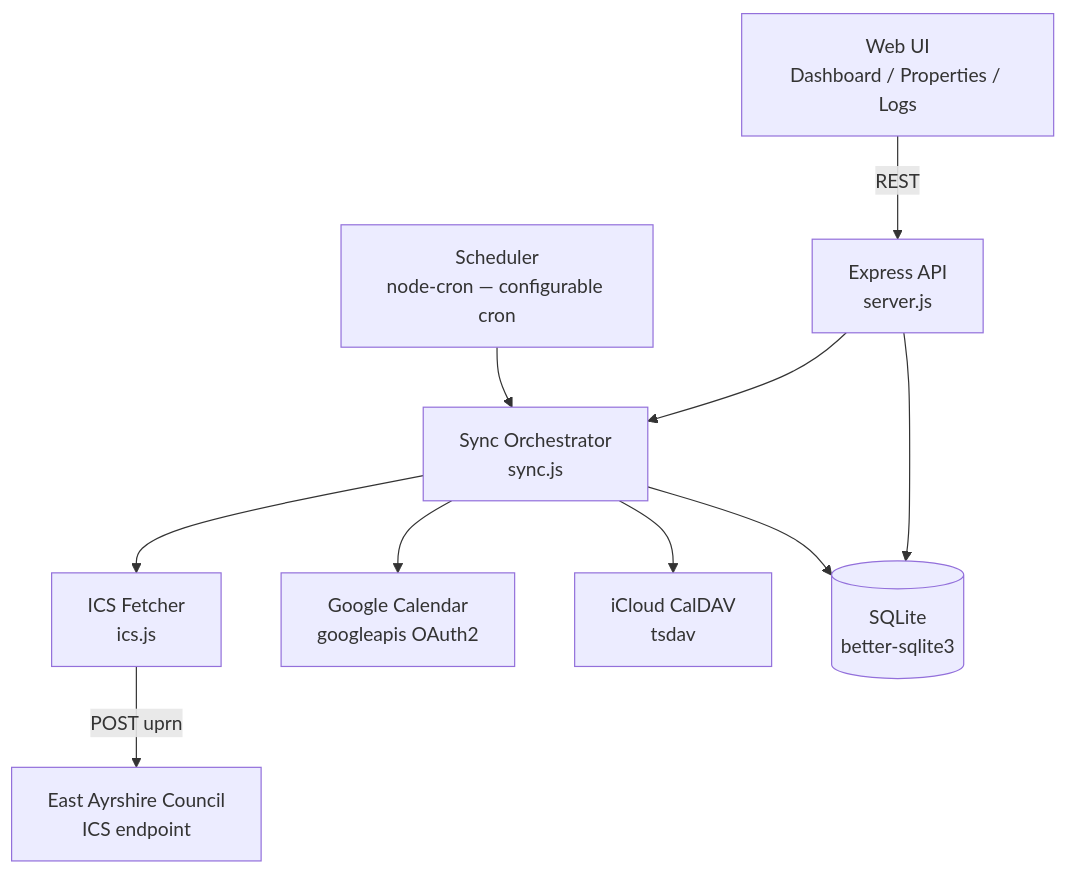
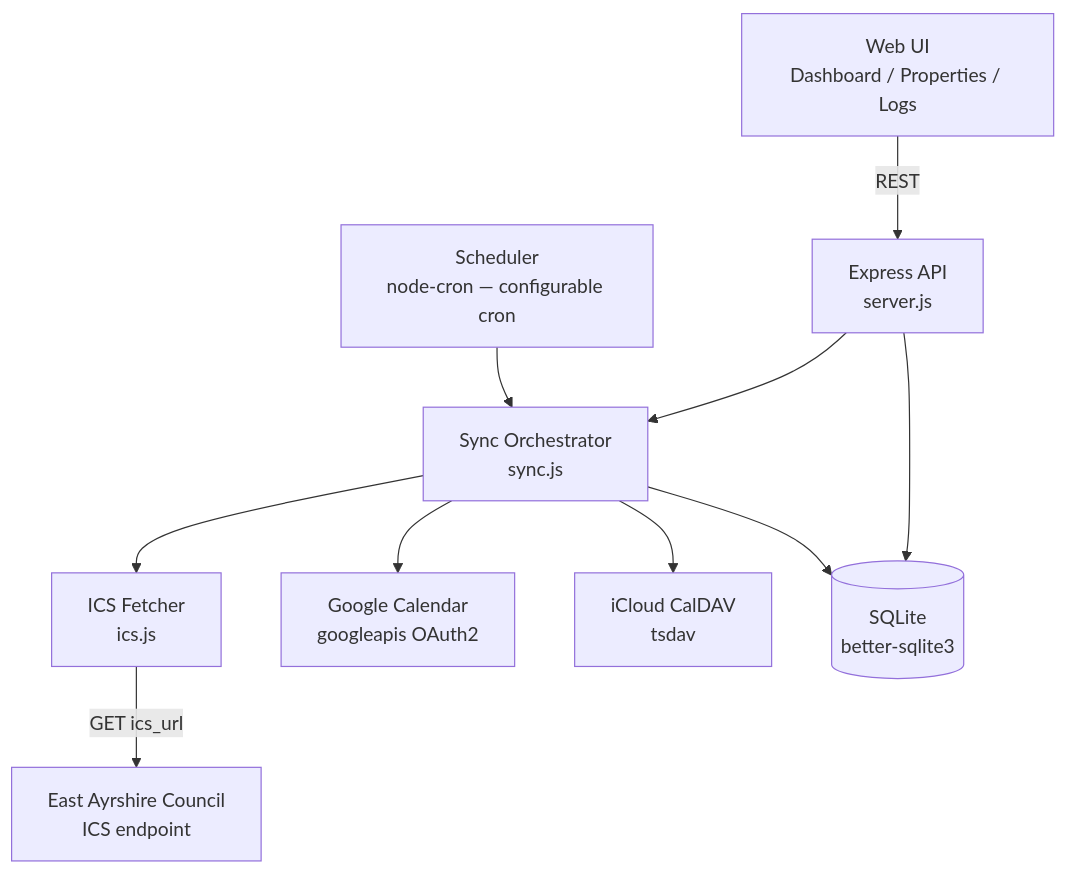
One commit to alanwaddington/bin-calendar changed the diagram in README.md. Above: the diagram before and after it, drawn with Mermaid. The commit also changed other lines of this file and 4 other files, not shown here.

````diff
--- a/README.md
+++ b/README.md
@@ -18,22 +18,22 @@
 ```mermaid
 graph TD
     UI[Web UI<br/>Dashboard / Properties / Logs]
     API[Express API<br/>server.js]
     SCHED[Scheduler<br/>node-cron — configurable cron]
     SYNC[Sync Orchestrator<br/>sync.js]
     ICS[ICS Fetcher<br/>ics.js]
     GOOGLE[Google Calendar<br/>googleapis OAuth2]
     ICLOUD[iCloud CalDAV<br/>tsdav]
     DB[(SQLite<br/>better-sqlite3)]
     EAC[East Ayrshire Council<br/>ICS endpoint]
 
     UI -->|REST| API
     API --> DB
     API --> SYNC
     SCHED --> SYNC
     SYNC --> ICS
     SYNC --> GOOGLE
     SYNC --> ICLOUD
     SYNC --> DB
-    ICS -->|POST uprn| EAC
+    ICS -->|GET ics_url| EAC
 ```
````
